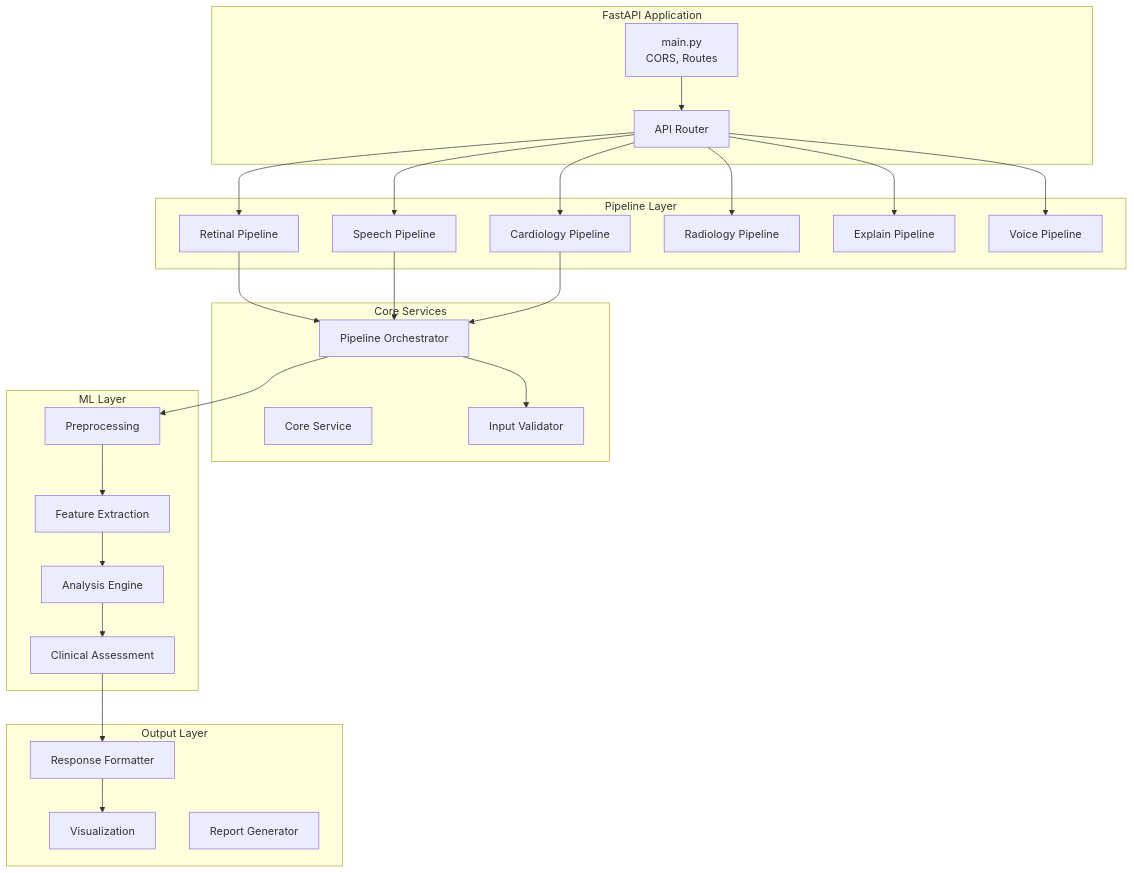
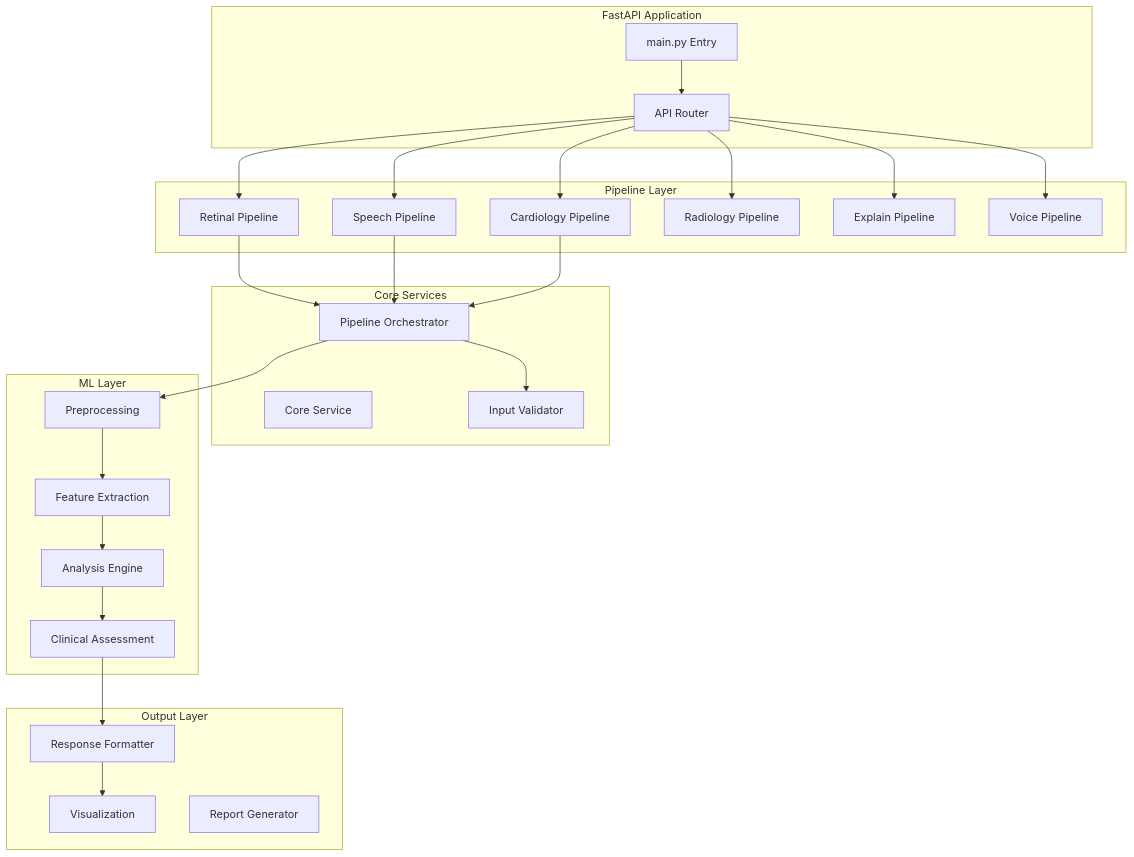
One commit to steeltroops-ai/NeuraLens changed the fourth of 11 diagrams in ARCHITECTURE.md. Above: the diagram before and after it, drawn with Mermaid. The commit also changed other lines of this file, not shown here.

Commit message:
fix(docs): correct Mermaid diagram syntax for GitHub rendering

````diff
--- a/ARCHITECTURE.md
+++ b/ARCHITECTURE.md
@@ -153,55 +147,55 @@
 ```mermaid
 graph TB
-    subgraph "FastAPI Application"
-        Main[main.py<br/>CORS, Routes]
-        Router[API Router]
+    subgraph FastAPIApp["FastAPI Application"]
+        Main["main.py Entry"]
+        Router["API Router"]
     end
     
-    subgraph "Pipeline Layer"
-        Retinal[Retinal Pipeline]
-        Speech[Speech Pipeline]
-        Cardio[Cardiology Pipeline]
-        Radio[Radiology Pipeline]
-        Explain[Explain Pipeline]
-        Voice[Voice Pipeline]
+    subgraph PipelineLayer["Pipeline Layer"]
+        RetinalP["Retinal Pipeline"]
+        SpeechP["Speech Pipeline"]
+        CardioP["Cardiology Pipeline"]
+        RadioP["Radiology Pipeline"]
+        ExplainP["Explain Pipeline"]
+        VoiceP["Voice Pipeline"]
     end
     
-    subgraph "Core Services"
-        Orchestrator[Pipeline Orchestrator]
-        Service[Core Service]
-        Validator[Input Validator]
+    subgraph CoreServices["Core Services"]
+        Orchestrator["Pipeline Orchestrator"]
+        Service["Core Service"]
+        Validator["Input Validator"]
     end
     
-    subgraph "ML Layer"
-        Preprocessing[Preprocessing]
-        Features[Feature Extraction]
-        Analysis[Analysis Engine]
-        Clinical[Clinical Assessment]
+    subgraph MLLayer["ML Layer"]
+        Preprocessing["Preprocessing"]
+        Features["Feature Extraction"]
+        Analysis["Analysis Engine"]
+        Clinical["Clinical Assessment"]
     end
     
-    subgraph "Output Layer"
-        Formatter[Response Formatter]
-        Visualization[Visualization]
-        Report[Report Generator]
+    subgraph OutputLayer["Output Layer"]
+        Formatter["Response Formatter"]
+        Visualization["Visualization"]
+        Report["Report Generator"]
     end
     
     Main --> Router
-    Router --> Retinal
-    Router --> Speech
-    Router --> Cardio
-    Router --> Radio
-    Router --> Explain
-    Router --> Voice
+    Router --> RetinalP
+    Router --> SpeechP
+    Router --> CardioP
+    Router --> RadioP
+    Router --> ExplainP
+    Router --> VoiceP
     
-    Retinal --> Orchestrator
-    Speech --> Orchestrator
-    Cardio --> Orchestrator
+    RetinalP --> Orchestrator
+    SpeechP --> Orchestrator
+    CardioP --> Orchestrator
     
     Orchestrator --> Validator
     Orchestrator --> Preprocessing
     Preprocessing --> Features
     Features --> Analysis
     Analysis --> Clinical
     Clinical --> Formatter
     Formatter --> Visualization
 ```
````
